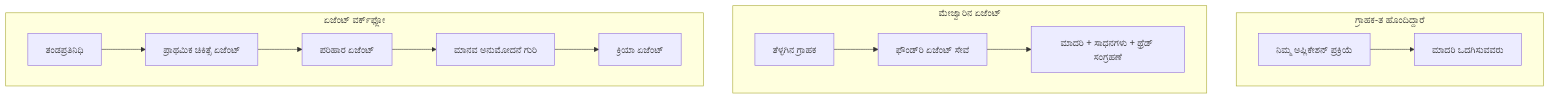
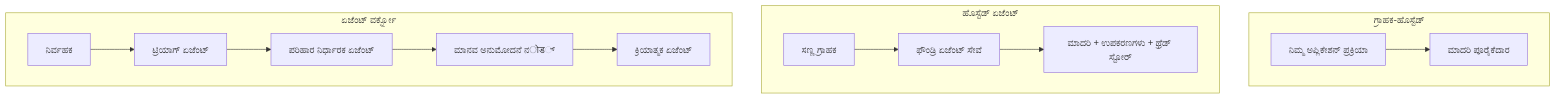
The first of 4 diagrams in mirrors/repos/microsoft@ai-agents-for-beginners/translations/kn/16-deploying-scalable-agents/README.md (gabrielmoreira/agent-skills-mirror), drawn with Mermaid before and after one commit. The commit also changed other lines of this file and 4262 other files, not shown here.

````diff
--- a/mirrors/repos/microsoft@ai-agents-for-beginners/translations/kn/16-deploying-scalable-agents/README.md
+++ b/mirrors/repos/microsoft@ai-agents-for-beginners/translations/kn/16-deploying-scalable-agents/README.md
@@ -87,16 +87,16 @@
 ```mermaid
 flowchart TB
-    subgraph P1[ಗ್ರಾಹಕ-ತ ಹೊಂದಿದ್ದಾರೆ]
-        A1[ನಿಮ್ಮ ಅಪ್ಲಿಕೇಶನ್ ಪ್ರಕ್ರಿಯೆ] --> M1[ಮಾದರಿ ಒದಗಿಸುವವರು]
+    subgraph P1[ಗ್ರಾಹಕ-ಹೊಸ್ಟೆಡ್]
+        A1[ನಿಮ್ಮ ಅಪ್ಲಿಕೇಶನ್ ಪ್ರಕ್ರಿಯಾ] --> M1[ಮಾದರಿ ಪೂರೈಕೆದಾರ]
     end
-    subgraph P2[ಮೇಜ್ವಾರಿನ ಏಜೆಂಟ್]
-        A2[ತೆಳ್ಳಗಿನ ಗ್ರಾಹಕ] --> F2[ಫೌಂಡ್‌ರಿ ಏಜೆಂಟ್ ಸೇವೆ]
-        F2 --> M2[ಮಾದರಿ + ಸಾಧನಗಳು + ಥ್ರೆಡ್ ಸಂಗ್ರಹಣೆ]
+    subgraph P2[ಹೊಸ್ಟೆಡ್ ಏಜೆಂಟ್]
+        A2[ಸಣ್ಣ ಗ್ರಾಹಕ] --> F2[ಫೌಂಡ್ರಿ ಏಜೆಂಟ್ ಸೇವೆ]
+        F2 --> M2[ಮಾದರಿ + ಉಪಕರಣಗಳು + ಥ್ರೆಡ್ ಸ್ಟೋರ್]
     end
-    subgraph P3[ಏಜೆಂಟ್ ವರ್ಕ್‌ಫ್ಲೋ]
-        A3[ತಂಡಪ್ರತಿನಿಧಿ] --> S1[ಪ್ರಾಥಮಿಕ ಚಿಕಿತ್ಸೆ ಏಜೆಂಟ್]
-        S1 --> S2[ಪರಿಹಾರ ಏಜೆಂಟ್]
-        S2 --> H[ಮಾನವ ಅನುಮೋದನೆ ಗುರಿ]
-        H --> S3[ಕ್ರಿಯಾ ಏಜೆಂಟ್]
+    subgraph P3[ಏಜೆಂಟ್ ವರ್ಕ್ಫ್ಲೋ]
+        A3[ನಿರ್ವಹಕ] --> S1[ಟ್ರಿಯಾಗ್ ಏಜೆಂಟ್]
+        S1 --> S2[ಪರಿಹಾರ ನಿರ್ಧಾರಕ ಏಜೆಂಟ್]
+        S2 --> H[ಮಾನವ ಅನುಮೋದನೆ ನोड್]
+        H --> S3[ಕ್ರಿಯಾತ್ಮಕ ಏಜೆಂಟ್]
     end
 ```
````
